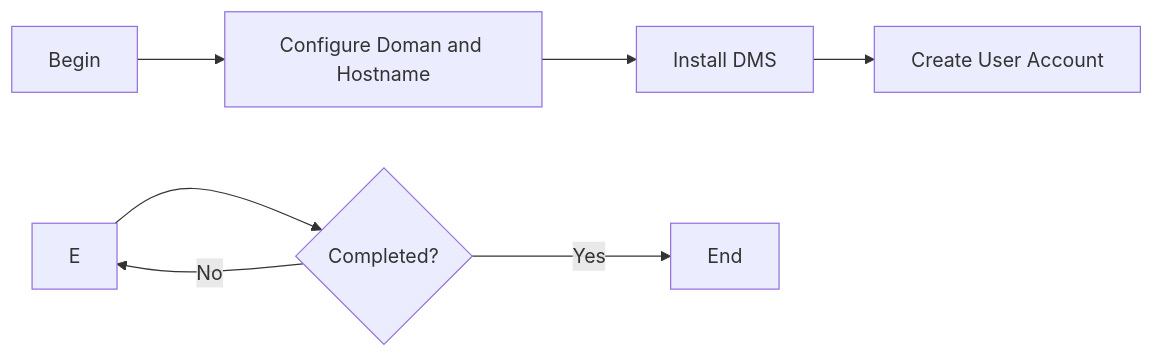
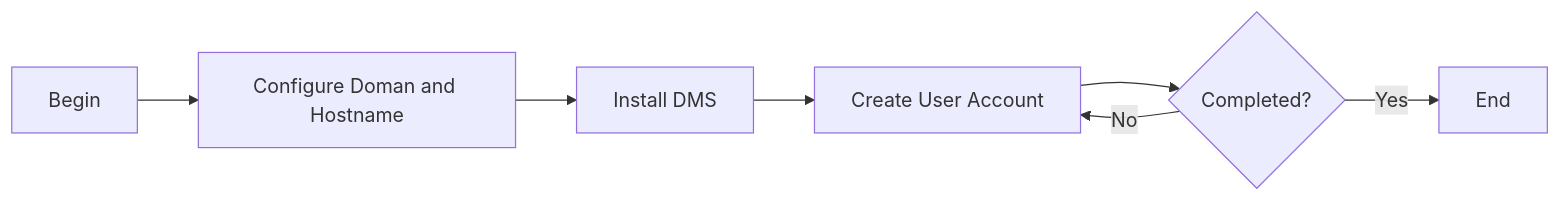
Before and after one commit to codersyacht/maximo-knowledge-center: the diagram in devops/email/docker-mail-server.md, drawn with Mermaid.

````diff
--- a/devops/email/docker-mail-server.md
+++ b/devops/email/docker-mail-server.md
@@ -16,10 +16,10 @@
 ```mermaid
 graph LR
 
 A[Begin] --> B[Configure Doman and Hostname]
 B --> C[Install DMS]
 C --> D[Create User Account]
-E --> F{Completed?}
-F --> |No| E 
-F --> |Yes| G[End]
+D --> E{Completed?}
+E --> |No| D 
+E --> |Yes| F[End]
 ```
````
